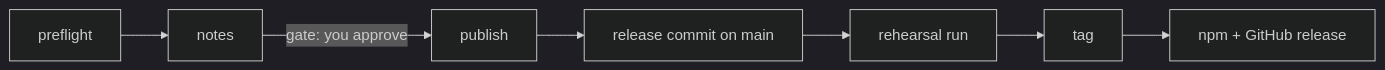
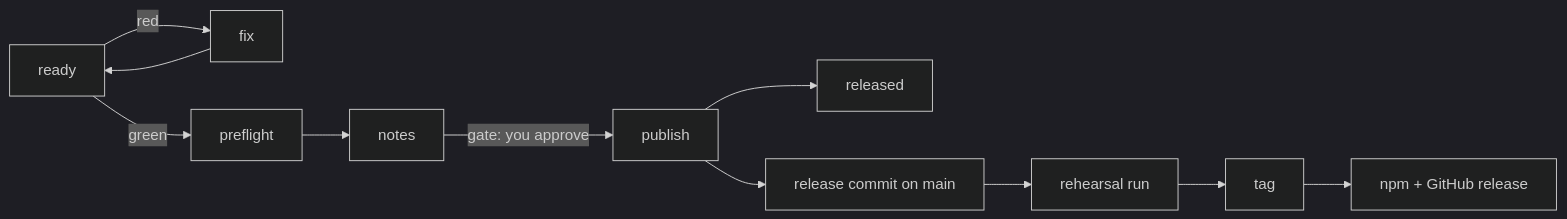
The diagram in docs/releasing.md (marvingygas/spoolway), drawn with Mermaid (dark theme) before and after one commit. The commit also changed other lines of this file and 3 other files, not shown here.

````diff
--- a/docs/releasing.md
+++ b/docs/releasing.md
@@ -6,5 +7,6 @@
 ```mermaid
 flowchart LR
-  A[preflight] --> B[notes] -->|gate: you approve| C[publish]
+  R[ready] -->|red| X[fix] --> R
+  R -->|green| A[preflight] --> B[notes] -->|gate: you approve| C[publish] --> V[released]
   C --> D[release commit on main] --> E[rehearsal run] --> F[tag] --> G[npm + GitHub release]
 ```
````
